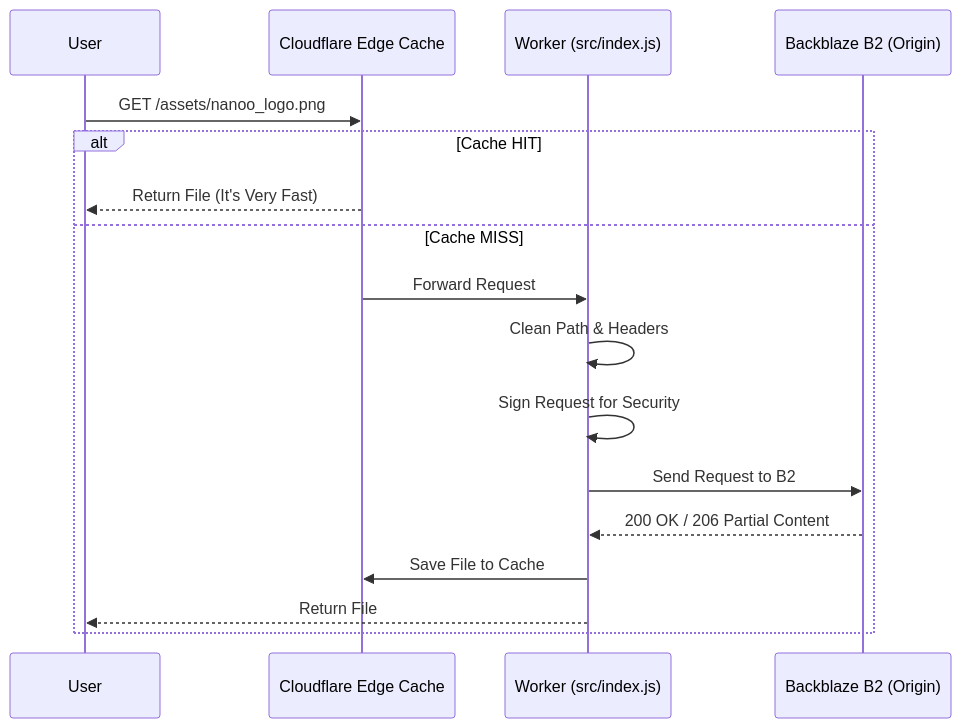
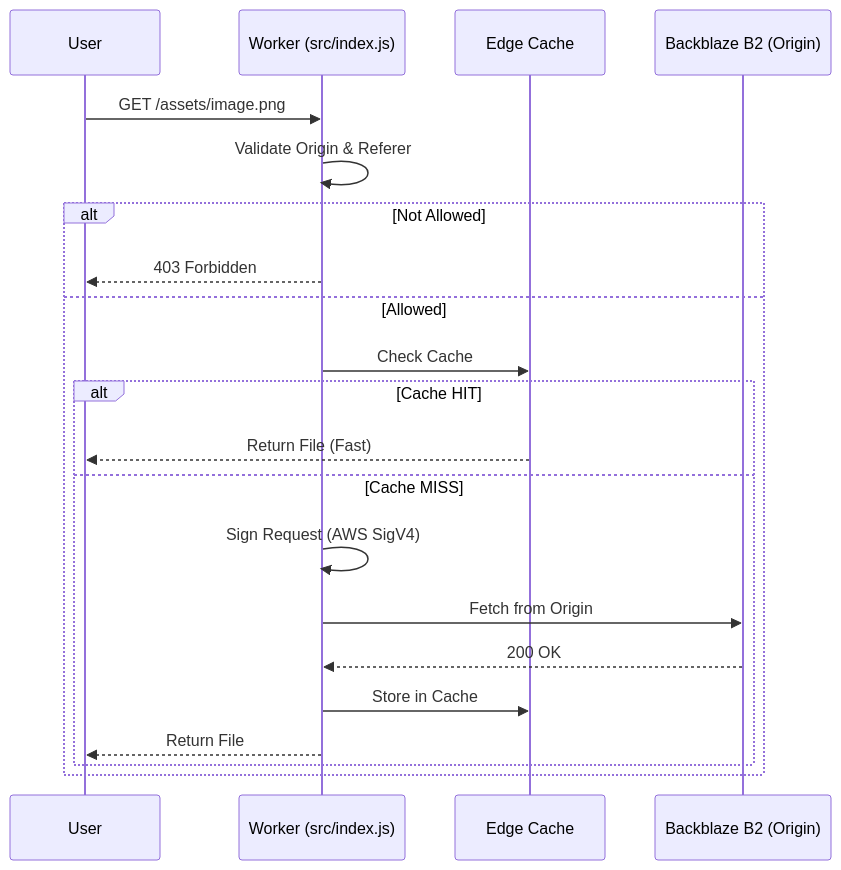
Before and after one commit to nanoolabs/nanoocdn: the second of 2 diagrams in ARCHITECTURE.md, drawn with Mermaid. The commit also changed other lines of this file and 4 other files, not shown here.

````diff
--- a/ARCHITECTURE.md
+++ b/ARCHITECTURE.md
@@ -39,20 +42,24 @@
 ```mermaid
 sequenceDiagram
     participant U as User
-    participant E as Cloudflare Edge Cache
     participant W as Worker (src/index.js)
+    participant E as Edge Cache
     participant B as Backblaze B2 (Origin)
 
-    U->>E: GET /assets/nanoo_logo.png
-    alt Cache HIT
-        E-->>U: Return File (It's Very Fast)
-    else Cache MISS
-        E->>W: Forward Request
-        W->>W: Clean Path & Headers
-        W->>W: Sign Request for Security
-        W->>B: Send Request to B2
-        B-->>W: 200 OK / 206 Partial Content
-        W->>E: Save File to Cache
-        W-->>U: Return File
+    U->>W: GET /assets/image.png
+    W->>W: Validate Origin & Referer
+    alt Not Allowed
+        W-->>U: 403 Forbidden
+    else Allowed
+        W->>E: Check Cache
+        alt Cache HIT
+            E-->>U: Return File (Fast)
+        else Cache MISS
+            W->>W: Sign Request (AWS SigV4)
+            W->>B: Fetch from Origin
+            B-->>W: 200 OK
+            W->>E: Store in Cache
+            W-->>U: Return File
+        end
     end
 ```
````
